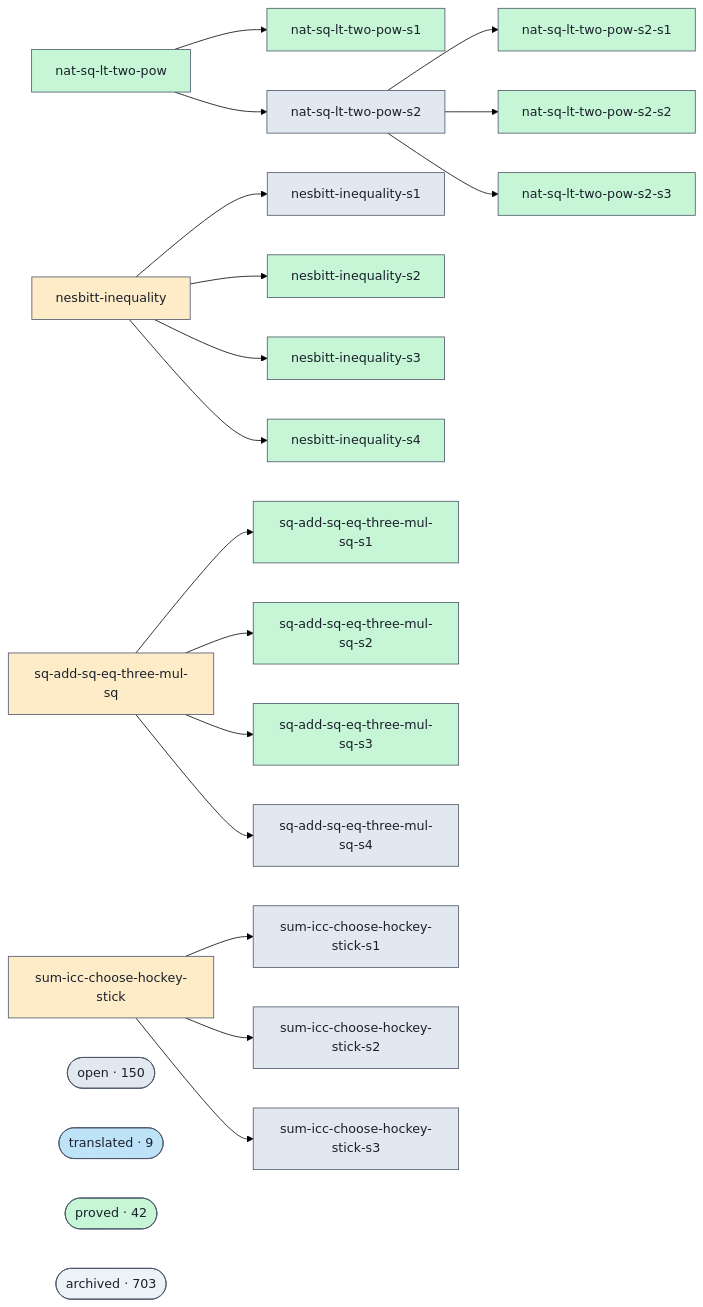
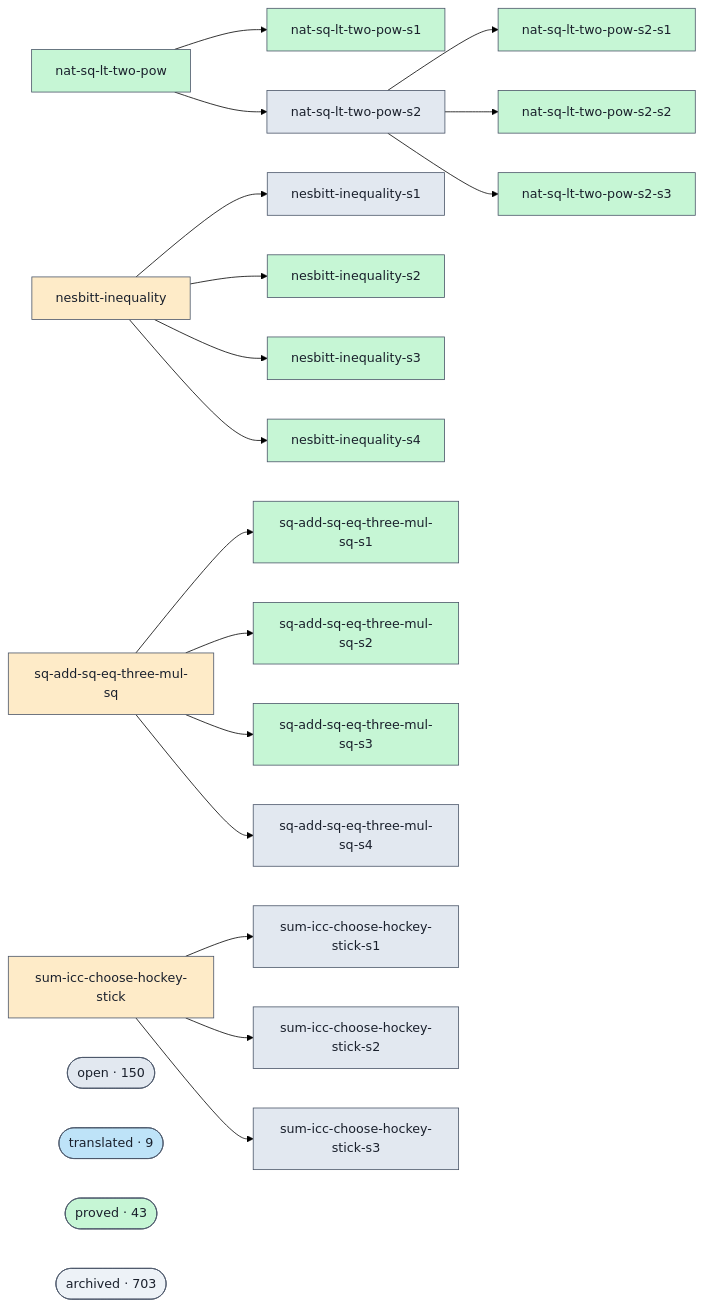
Before and after one commit to Rauxon/unsorry: the diagram in docs/proofs-contributors-visualisation.md, drawn with Mermaid (forest theme). The commit also changed other lines of this file and 2 other files, not shown here.

```diff
--- a/docs/proofs-contributors-visualisation.md
+++ b/docs/proofs-contributors-visualisation.md
@@ -102,7 +102,7 @@
   class cluster_open open;
   cluster_translated(["translated · 9"])
   class cluster_translated translated;
-  cluster_proved(["proved · 42"])
+  cluster_proved(["proved · 43"])
   class cluster_proved proved;
   cluster_archived(["archived · 703"])
   class cluster_archived unknown;
```
